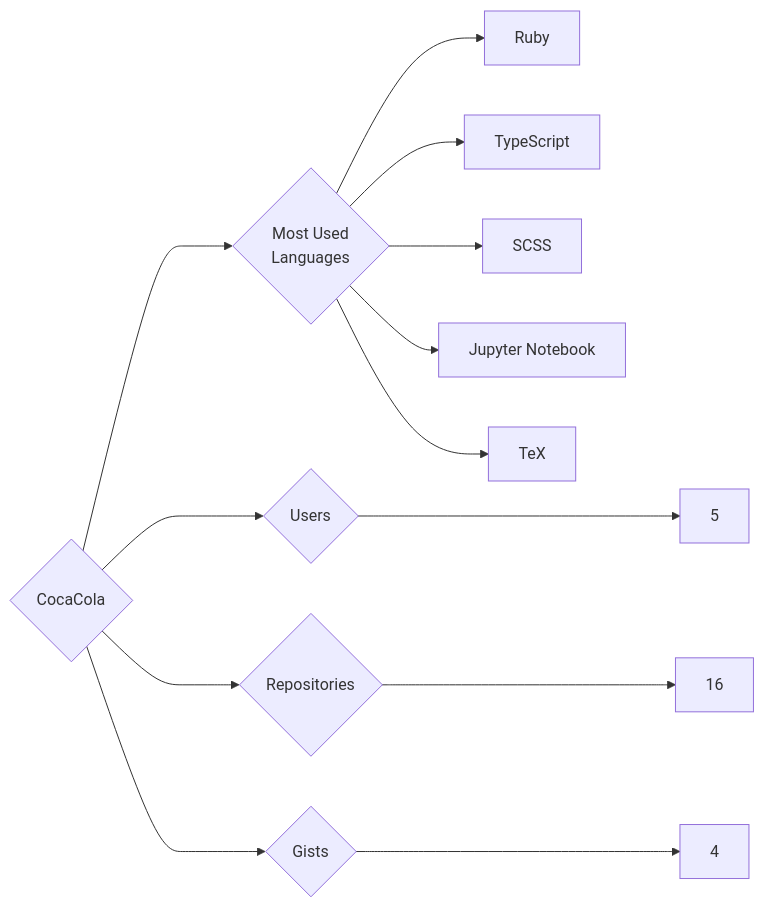
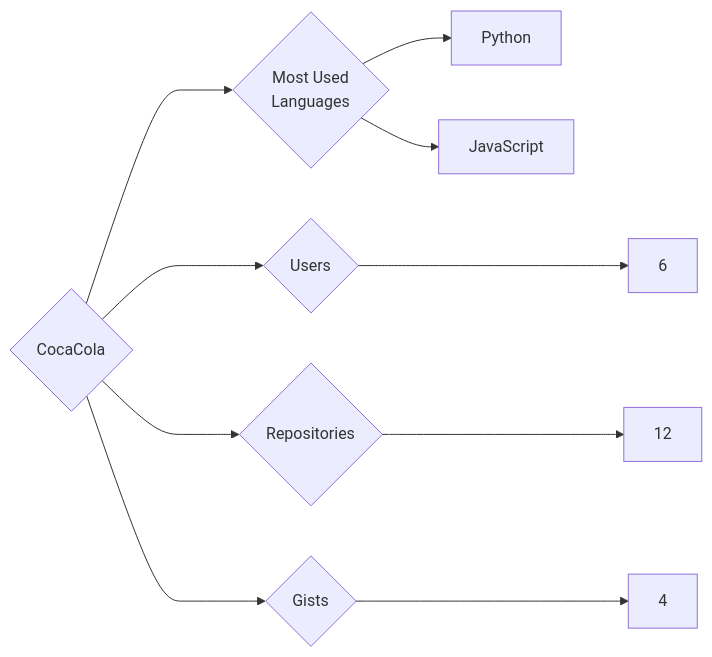
Before and after one commit to trickest/insiders: the diagram in targets/CocaCola/README.md, drawn with Mermaid. The commit also changed 1212 other files, not shown here.

````diff
--- a/targets/CocaCola/README.md
+++ b/targets/CocaCola/README.md
@@ -3,13 +3,10 @@
 ```mermaid
 graph LR
 COMPANY_NAME{CocaCola}
-COMPANY_NAME ---> U{Users} ---> UN[5]
-COMPANY_NAME ---> R{Repositories} ---> RN[16]
+COMPANY_NAME ---> U{Users} ---> UN[6]
+COMPANY_NAME ---> R{Repositories} ---> RN[12]
 COMPANY_NAME ---> G{Gists} ---> GN[4]
 COMPANY_NAME ---> ML{Most Used<br>Languages}
-ML --> Ruby[Ruby]
-ML --> TypeScript[TypeScript]
-ML --> SCSS[SCSS]
-ML --> Jupyter_Notebook[Jupyter Notebook]
-ML --> TeX[TeX]
+ML --> Python[Python]
+ML --> JavaScript[JavaScript]
 ```
````
